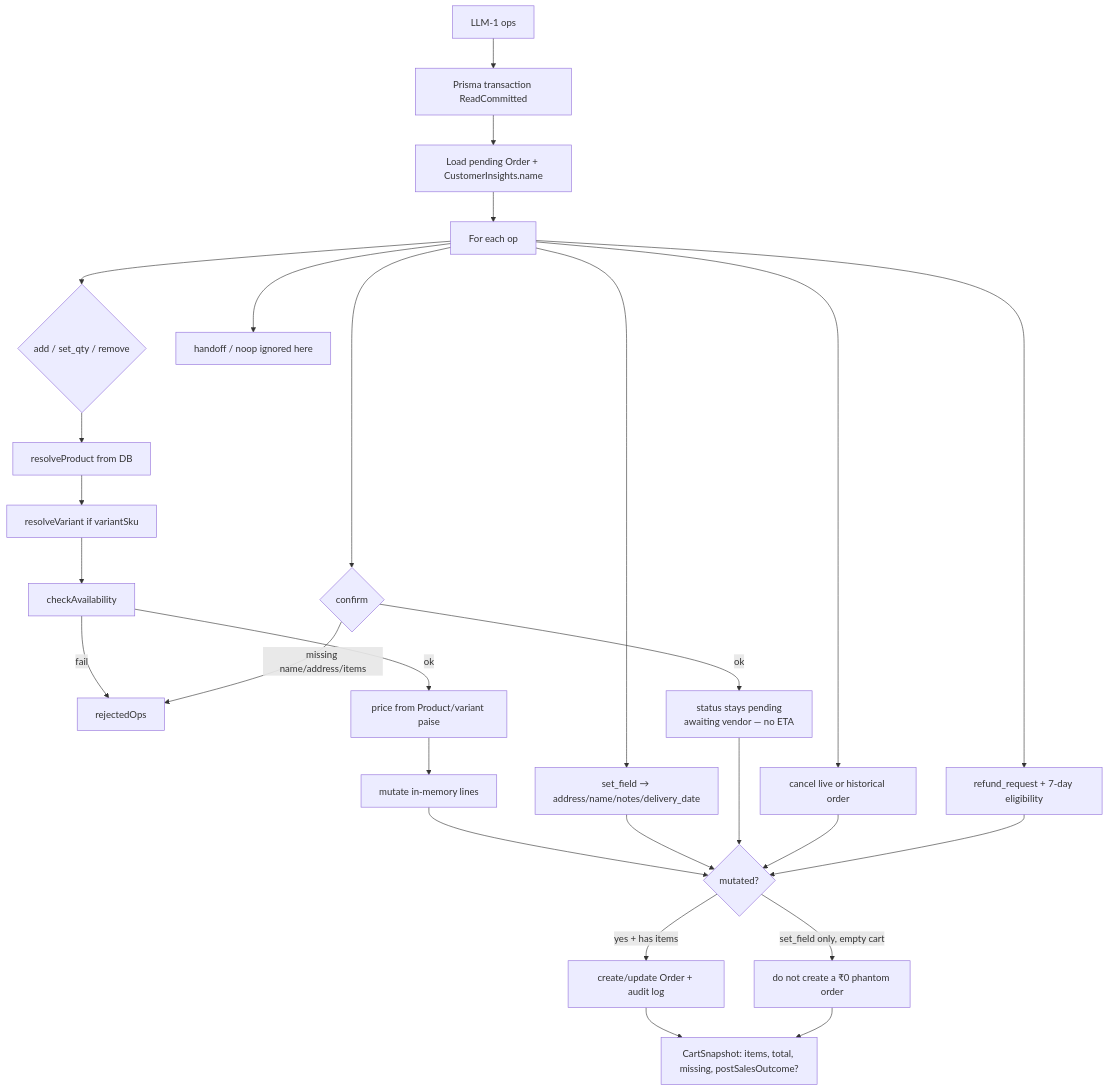
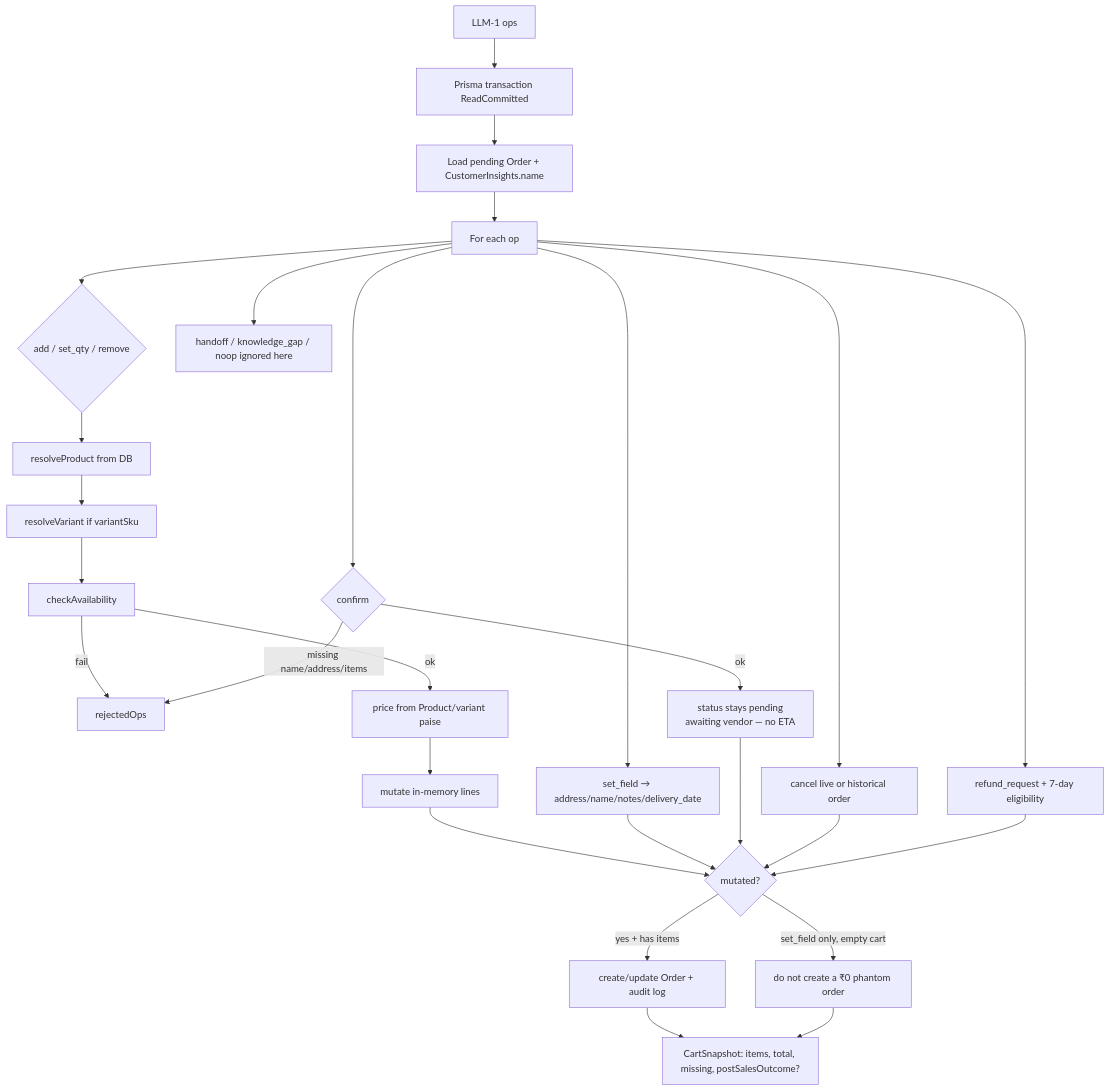
One commit to roshan-1904/chatlogix-gowtham changed the eighth of 10 diagrams in docs/INCOMING_RESPONSE_GENERATOR_FLOW.md. Above: the diagram before and after it, drawn with Mermaid. The commit also changed other lines of this file and 49 other files, not shown here.

First line of the commit message:
feat: add CustomerQuery model and related functionality for knowledge gap management

````diff
--- a/docs/INCOMING_RESPONSE_GENERATOR_FLOW.md
+++ b/docs/INCOMING_RESPONSE_GENERATOR_FLOW.md
@@ -309,28 +317,28 @@
 ```mermaid
 flowchart TD
   OPS[LLM-1 ops] --> TX[Prisma transaction ReadCommitted]
   TX --> LOAD[Load pending Order + CustomerInsights.name]
   LOAD --> LOOP[For each op]
 
   LOOP --> ADD{add / set_qty / remove}
   ADD --> RES[resolveProduct from DB]
   RES --> VAR[resolveVariant if variantSku]
   VAR --> AVAIL[checkAvailability]
   AVAIL -->|fail| REJ[rejectedOps]
   AVAIL -->|ok| PRICE[price from Product/variant paise]
   PRICE --> LINE[mutate in-memory lines]
 
   LOOP --> FIELD[set_field → address/name/notes/delivery_date]
   LOOP --> CONF{confirm}
   CONF -->|missing name/address/items| REJ
   CONF -->|ok| PEND[status stays pending<br/>awaiting vendor — no ETA]
   LOOP --> CAN[cancel live or historical order]
   LOOP --> REF[refund_request + 7-day eligibility]
-  LOOP --> SKIP[handoff / noop ignored here]
+  LOOP --> SKIP[handoff / knowledge_gap / noop ignored here]
 
   LINE & FIELD & PEND & CAN & REF --> SAVE{mutated?}
   SAVE -->|yes + has items| WRITE[create/update Order + audit log]
   SAVE -->|set_field only, empty cart| NOORD[do not create a ₹0 phantom order]
   WRITE --> SNAP[CartSnapshot: items, total, missing, postSalesOutcome?]
   NOORD --> SNAP
 ```
````
